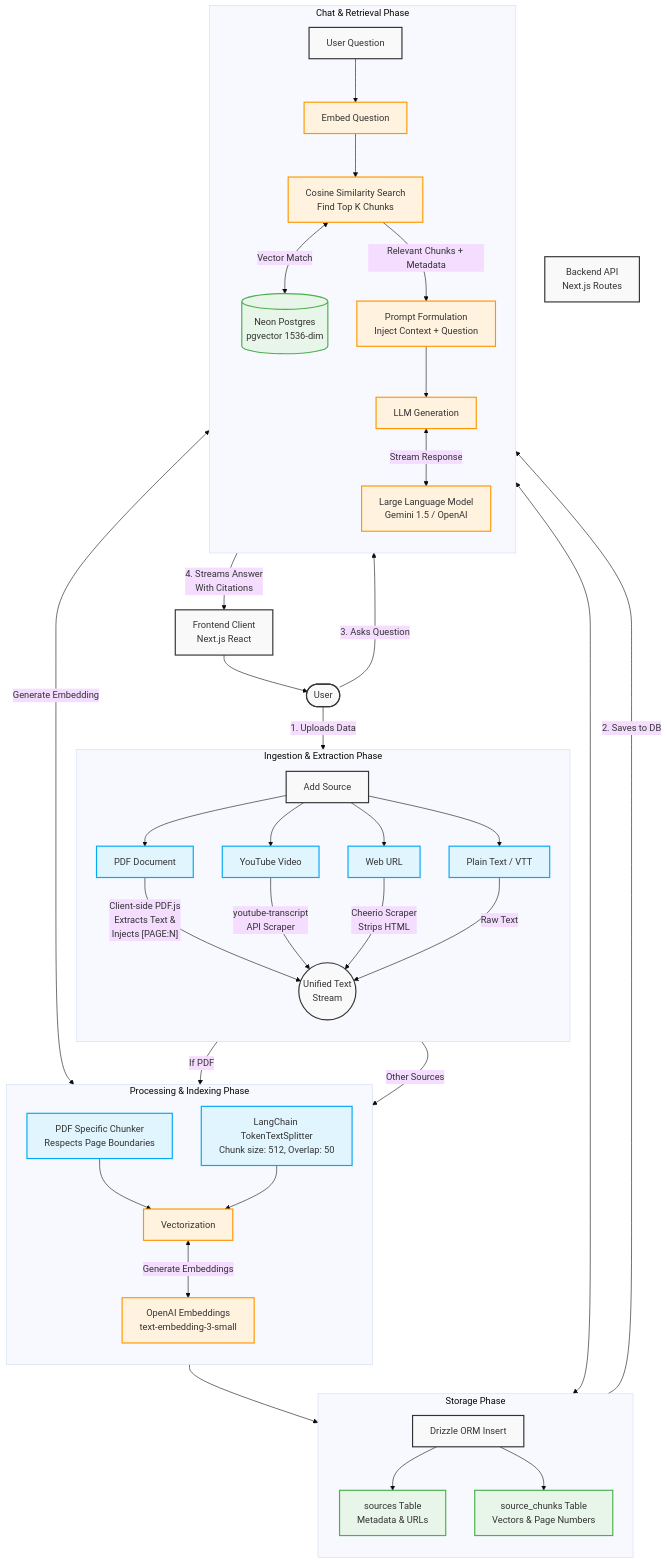
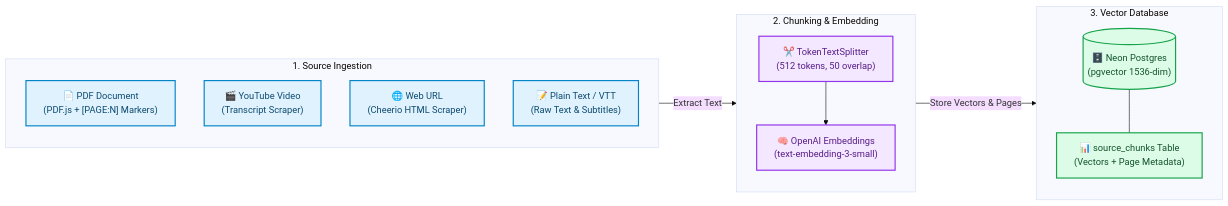
The first of 3 diagrams in README.md (arunava2018/SourceMind), drawn with Mermaid (base theme) before and after one commit. The commit also changed other lines of this file and 4 other files, not shown here.

Commit message:
feat: update rate limit for source uploads to 10 per 24 hours, add JWT expiration to env example, and clean up .gitignore

````diff
--- a/README.md
+++ b/README.md
@@ -33,96 +56,35 @@
 ```mermaid
-flowchart TB
-    %% Definitions
-    User([User])
-    UI[Frontend Client\nNext.js React]
-    API[Backend API\nNext.js Routes]
-    LLM[Large Language Model\nGemini 1.5 / OpenAI]
-    Embedder[OpenAI Embeddings\ntext-embedding-3-small]
-    DB[(Neon Postgres\npgvector 1536-dim)]
-
-    %% Source Ingestion Flow
-    subgraph "Ingestion & Extraction Phase"
+flowchart LR
+    subgraph Sources ["1. Source Ingestion"]
         direction TB
-        Upload[Add Source]
-        PDF[PDF Document]
-        YT[YouTube Video]
-        Web[Web URL]
-        Text[Plain Text / VTT]
-
-        Upload --> PDF
-        Upload --> YT
-        Upload --> Web
-        Upload --> Text
-
-        PDF -- "Client-side PDF.js\nExtracts Text &\nInjects [PAGE:N]" --> ExtractedText((Unified Text\nStream))
-        YT -- "youtube-transcript\nAPI Scraper" --> ExtractedText
-        Web -- "Cheerio Scraper\nStrips HTML" --> ExtractedText
-        Text -- "Raw Text" --> ExtractedText
+        PDF["📄 PDF Document\n(PDF.js + [PAGE:N] Markers)"]
+        YT["🎬 YouTube Video\n(Transcript Scraper)"]
+        Web["🌐 Web URL\n(Cheerio HTML Scraper)"]
+        Text["📝 Plain Text / VTT\n(Raw Text & Subtitles)"]
     end
 
-    %% Processing Flow
-    subgraph "Processing & Indexing Phase"
+    subgraph Processing ["2. Chunking & Embedding"]
         direction TB
-        Splitter[LangChain TokenTextSplitter\nChunk size: 512, Overlap: 50]
-        PDFChunker[PDF Specific Chunker\nRespects Page Boundaries]
-        Vectorization[Vectorization]
-
-        ExtractedText --> |If PDF| PDFChunker
-        ExtractedText --> |Other Sources| Splitter
-        
-        PDFChunker --> Vectorization
-        Splitter --> Vectorization
-        
-        Vectorization <--> |"Generate Embeddings"| Embedder
+        Splitter["✂️ TokenTextSplitter\n(512 tokens, 50 overlap)"]
+        Embedder["🧠 OpenAI Embeddings\n(text-embedding-3-small)"]
+        Splitter --> Embedder
     end
 
-    %% Storage Flow
-    subgraph "Storage Phase"
+    subgraph Storage ["3. Vector Database"]
         direction TB
-        Insert[Drizzle ORM Insert]
-        TableSources[sources Table\nMetadata & URLs]
-        TableChunks[source_chunks Table\nVectors & Page Numbers]
-        
-        Insert --> TableSources
-        Insert --> TableChunks
+        DB[("🗄️ Neon Postgres\n(pgvector 1536-dim)")]
+        Table["📊 source_chunks Table\n(Vectors + Page Metadata)"]
+        DB --- Table
     end
 
-    %% Connect Ingestion -> Storage
-    Vectorization --> Insert
-    TableChunks <--> DB
+    Sources -->|"Extract Text"| Splitter
+    Embedder -->|"Store Vectors & Pages"| Storage
 
-    %% Chat Flow
-    subgraph "Chat & Retrieval Phase"
-        direction TB
-        ChatInput[User Question]
-        QueryEmbed[Embed Question]
-        SimilaritySearch[Cosine Similarity Search\nFind Top K Chunks]
-        PromptGen[Prompt Formulation\nInject Context + Question]
-        Generation[LLM Generation]
-        
-        ChatInput --> QueryEmbed
-        QueryEmbed <--> |"Generate Embedding"| Embedder
-        QueryEmbed --> SimilaritySearch
-        SimilaritySearch <--> |"Vector Match"| DB
-        SimilaritySearch --> |"Relevant Chunks + Metadata"| PromptGen
-        PromptGen --> Generation
-        Generation <--> |"Stream Response"| LLM
-    end
+    classDef source fill:#e0f2fe,stroke:#0284c7,stroke-width:2px,color:#0c4a6e
+    classDef process fill:#f3e8ff,stroke:#9333ea,stroke-width:2px,color:#581c87
+    classDef storage fill:#dcfce7,stroke:#16a34a,stroke-width:2px,color:#14532d
 
-    %% Main interactions
-    User --> |"1. Uploads Data"| Upload
-    Insert --> |"2. Saves to DB"| DB
-    User --> |"3. Asks Question"| ChatInput
-    Generation --> |"4. Streams Answer\nWith Citations"| UI
-    UI --> User
-
-    classDef default fill:#f9f9f9,stroke:#333,stroke-width:2px;
-    classDef highlight fill:#e1f5fe,stroke:#03a9f4,stroke-width:2px;
-    classDef db fill:#e8f5e9,stroke:#4caf50,stroke-width:2px;
-    classDef ai fill:#fff3e0,stroke:#ff9800,stroke-width:2px;
-
-    class UI,API default;
-    class DB,TableSources,TableChunks db;
-    class LLM,Embedder,Vectorization,QueryEmbed,SimilaritySearch,PromptGen,Generation ai;
-    class PDF,YT,Web,Text,PDFChunker,Splitter highlight;
+    class PDF,YT,Web,Text source
+    class Splitter,Embedder process
+    class DB,Table storage
 ```
````
